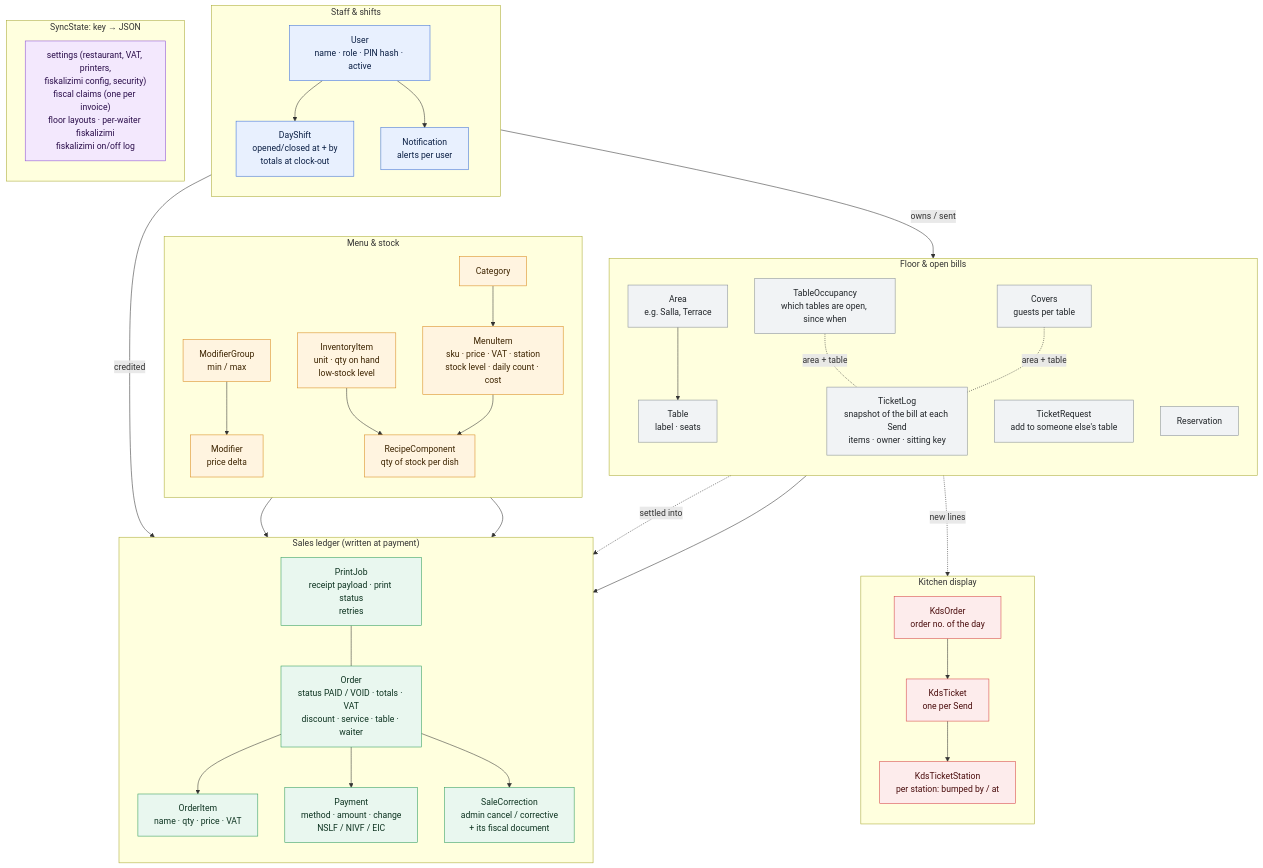
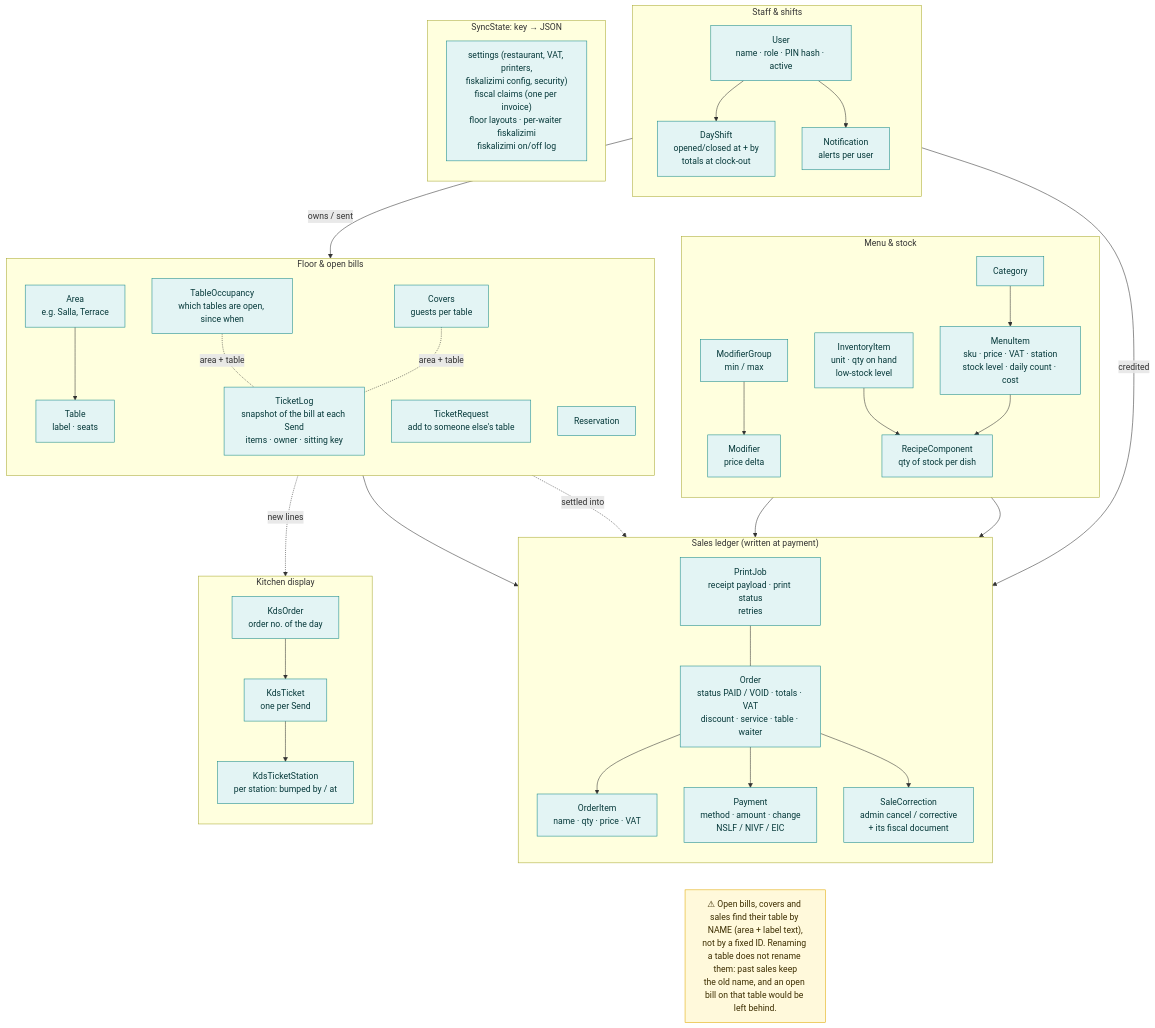
Before and after one commit to DidiG03/POS: the diagram in docs/diagrams/04-data-model.mmd, drawn with Mermaid. The commit also changed 28 other files, not shown here.

First line of the commit message:
Diagrams: key & glossary page, one colour scheme, version stamps, fixes

```diff
--- a/docs/diagrams/04-data-model.mmd
+++ b/docs/diagrams/04-data-model.mmd
@@ -1,78 +1,85 @@
 %% 4. Data model: the main tables in the till's database and how they relate.
 %% Source: prisma/schema.prisma. Dashed arrows = linked by area + table name
 %% (text), not by a database key.
 flowchart TB
   subgraph STAFF["Staff & shifts"]
     direction TB
     USER["User<br/>name · role · PIN hash · active"]
     SHIFT["DayShift<br/>opened/closed at + by<br/>totals at clock-out"]
     NOTIF["Notification<br/>alerts per user"]
   end
 
   subgraph MENU["Menu & stock"]
     direction TB
     CAT["Category"] --> ITEM["MenuItem<br/>sku · price · VAT · station<br/>stock level · daily count · cost"]
     MODG["ModifierGroup<br/>min / max"] --> MOD["Modifier<br/>price delta"]
     INV["InventoryItem<br/>unit · qty on hand<br/>low-stock level"] --> RECIPE["RecipeComponent<br/>qty of stock per dish"]
     ITEM --> RECIPE
   end
 
   subgraph FLOOR["Floor & open bills"]
     direction TB
     AREA["Area<br/>e.g. Salla, Terrace"]
     TABLE["Table<br/>label · seats"]
     OCC["TableOccupancy<br/>which tables are open, since when"]
     TLOG["TicketLog<br/>snapshot of the bill at each Send<br/>items · owner · sitting key"]
     COV["Covers<br/>guests per table"]
     REQ["TicketRequest<br/>add to someone else's table"]
     RESV["Reservation"]
   end
 
   subgraph LEDGER["Sales ledger (written at payment)"]
     direction TB
     ORDER["Order<br/>status PAID / VOID · totals · VAT<br/>discount · service · table · waiter"]
     OITEM["OrderItem<br/>name · qty · price · VAT"]
     PAY["Payment<br/>method · amount · change<br/>NSLF / NIVF / EIC"]
     PJOB["PrintJob<br/>receipt payload · print status<br/>retries"]
     CORR["SaleCorrection<br/>admin cancel / corrective<br/>+ its fiscal document"]
     ORDER --> OITEM
     ORDER --> PAY
     PJOB --- ORDER
     ORDER --> CORR
   end
 
   subgraph KITCHEN["Kitchen display"]
     direction TB
     KORD["KdsOrder<br/>order no. of the day"] --> KTIX["KdsTicket<br/>one per Send"] --> KST["KdsTicketStation<br/>per station: bumped by / at"]
   end
 
   subgraph SYS["SyncState: key → JSON"]
     direction TB
     SYSS["settings (restaurant, VAT, printers,<br/>fiskalizimi config, security)<br/>fiscal claims (one per invoice)<br/>floor layouts · per-waiter fiskalizimi<br/>fiskalizimi on/off log"]
   end
 
   USER --> SHIFT
   USER --> NOTIF
   USER -- "owns / sent" --> TLOG
   USER -- "credited" --> ORDER
   AREA --> TABLE
   TABLE --> ORDER
   ITEM --> OITEM
   MOD --> OITEM
   OCC -. "area + table" .- TLOG
   COV -. "area + table" .- TLOG
   TLOG -. "settled into" .-> ORDER
   TLOG -. "new lines" .-> KTIX
 
-  classDef staff fill:#e8f0fe,stroke:#3b6fd8,color:#0b1f44
-  classDef menu fill:#fff4e0,stroke:#d88a1d,color:#3d2400
-  classDef floor fill:#f1f3f5,stroke:#868e96,color:#212529
-  classDef ledger fill:#e9f7ef,stroke:#2e9b5b,color:#0d3320
-  classDef kitchen fill:#fdecec,stroke:#d64545,color:#4a0d0d
-  classDef sys fill:#f3e8fd,stroke:#8b4fd1,color:#2a0d4a
-  class USER,SHIFT,NOTIF staff
-  class CAT,ITEM,MODG,MOD,INV,RECIPE menu
-  class AREA,TABLE,OCC,TLOG,COV,REQ,RESV floor
-  class ORDER,OITEM,PAY,PJOB,CORR ledger
-  class KORD,KTIX,KST kitchen
-  class SYSS sys
+  WEAK["⚠ Open bills, covers and sales find their table by NAME (area + label text),<br/>not by a fixed ID. Renaming a table does not rename them: past sales keep<br/>the old name, and an open bill on that table would be left behind."]
+  LEDGER ~~~ WEAK
+
+  classDef step fill:#e8f0fe,stroke:#3b6fd8,color:#0b1f44
+  classDef logic fill:#fff4e0,stroke:#d88a1d,color:#3d2400
+  classDef data fill:#e3f4f4,stroke:#178a8a,color:#06393a
+  classDef good fill:#e9f7ef,stroke:#2e9b5b,color:#0d3320
+  classDef warn fill:#fff9db,stroke:#e0a800,color:#3d2e00
+  classDef bad fill:#fdecec,stroke:#d64545,color:#4a0d0d
+  classDef ext fill:#f3e8fd,stroke:#8b4fd1,color:#2a0d4a
+  classDef device fill:#f1f3f5,stroke:#868e96,color:#212529
+  classDef note fill:#f8f9fa,stroke:#adb5bd,color:#343a40,stroke-dasharray:4 3
+  class USER,SHIFT,NOTIF data
+  class CAT,ITEM,MODG,MOD,INV,RECIPE data
+  class AREA,TABLE,OCC,TLOG,COV,REQ,RESV data
+  class ORDER,OITEM,PAY,PJOB,CORR data
+  class KORD,KTIX,KST data
+  class SYSS data
+  class WEAK warn
```
